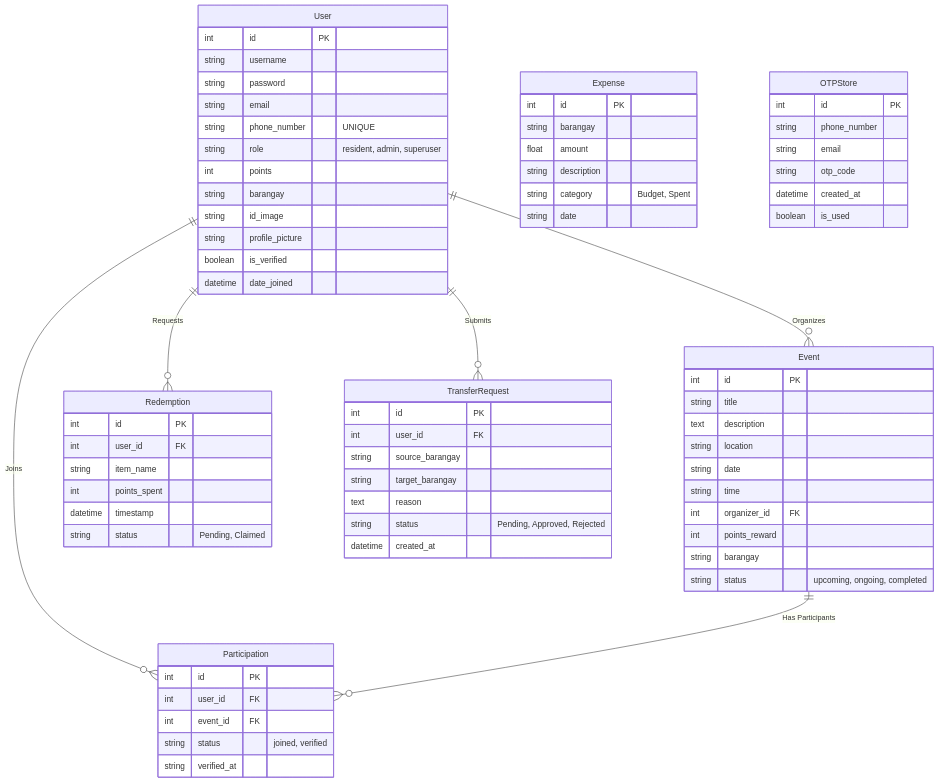
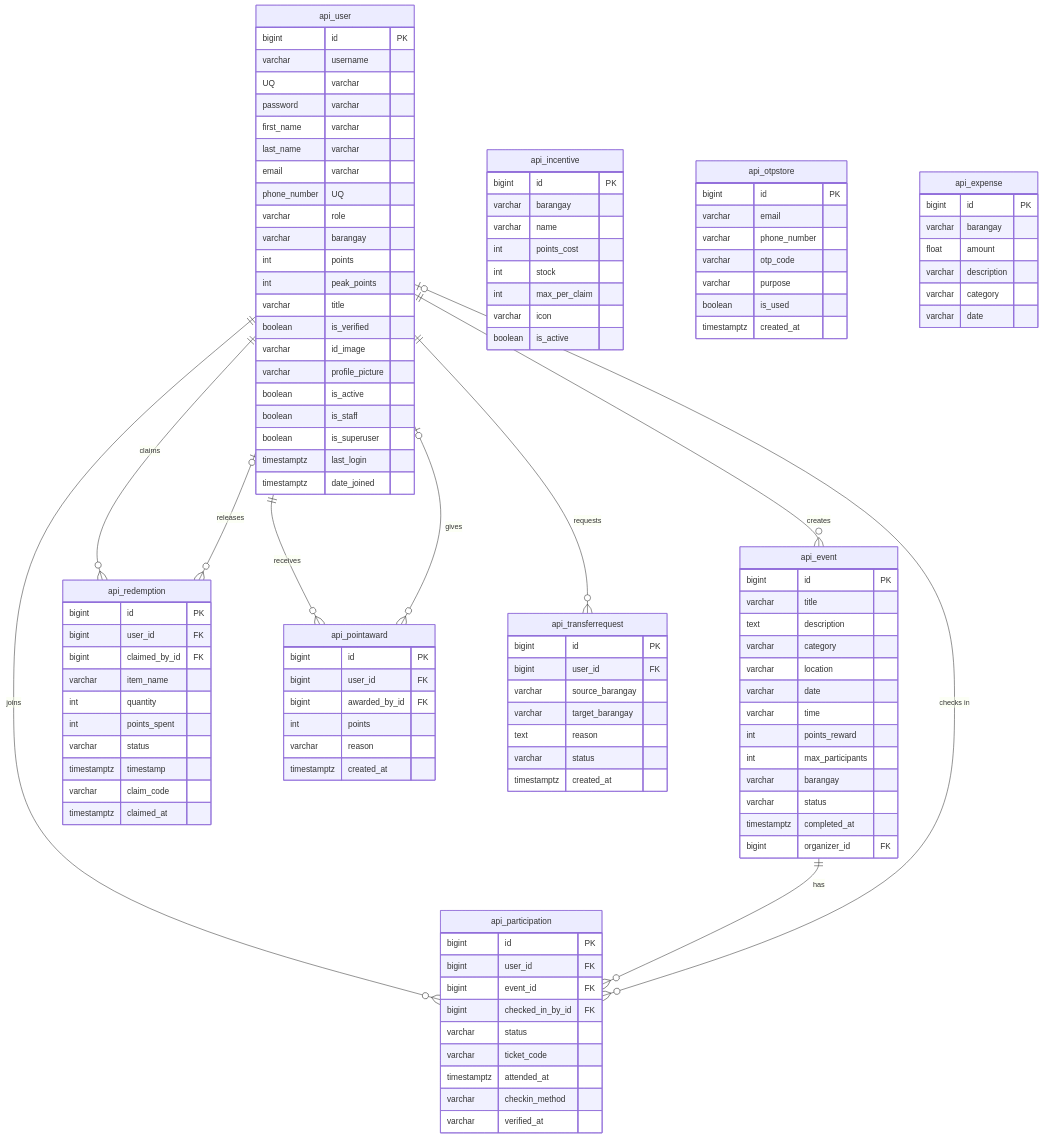
Before and after one commit to RamonE9/EcoConnect: the diagram in docs/ERD.md, drawn with Mermaid. The commit also changed other lines of this file and 2 other files, not shown here.

Commit message:
docs: clean ERD of the 9 application tables with crow's-foot relationships

````diff
--- a/docs/ERD.md
+++ b/docs/ERD.md
@@ -5,82 +30,117 @@
 ```mermaid
 erDiagram
-    User {
-        int id PK
-        string username
-        string password
-        string email
-        string phone_number "UNIQUE"
-        string role "resident, admin, superuser"
+    api_user ||--o{ api_event : creates
+    api_user ||--o{ api_participation : joins
+    api_event ||--o{ api_participation : has
+    api_user o|--o{ api_participation : "checks in"
+    api_user ||--o{ api_redemption : claims
+    api_user o|--o{ api_redemption : releases
+    api_user ||--o{ api_pointaward : receives
+    api_user o|--o{ api_pointaward : gives
+    api_user ||--o{ api_transferrequest : requests
+
+    api_event {
+        bigint id PK
+        varchar title
+        text description
+        varchar category
+        varchar location
+        varchar date
+        varchar time
+        int points_reward
+        int max_participants
+        varchar barangay
+        varchar status
+        timestamptz completed_at
+        bigint organizer_id FK
+    }
+    api_participation {
+        bigint id PK
+        bigint user_id FK
+        bigint event_id FK
+        bigint checked_in_by_id FK
+        varchar status
+        varchar ticket_code
+        timestamptz attended_at
+        varchar checkin_method
+        varchar verified_at
+    }
+    api_user {
+        bigint id PK
+        varchar username UQ
+        varchar password
+        varchar first_name
+        varchar last_name
+        varchar email
+        varchar phone_number UQ
+        varchar role
+        varchar barangay
         int points
-        string barangay
-        string id_image
-        string profile_picture
+        int peak_points
+        varchar title
         boolean is_verified
-        datetime date_joined
+        varchar id_image
+        varchar profile_picture
+        boolean is_active
+        boolean is_staff
+        boolean is_superuser
+        timestamptz last_login
+        timestamptz date_joined
     }
-
-    Event {
-        int id PK
-        string title
-        text description
-        string location
-        string date
-        string time
-        int organizer_id FK
-        int points_reward
-        string barangay
-        string status "upcoming, ongoing, completed"
+    api_redemption {
+        bigint id PK
+        bigint user_id FK
+        bigint claimed_by_id FK
+        varchar item_name
+        int quantity
+        int points_spent
+        varchar status
+        timestamptz timestamp
+        varchar claim_code
+        timestamptz claimed_at
     }
-
-    Participation {
-        int id PK
-        int user_id FK
-        int event_id FK
-        string status "joined, verified"
-        string verified_at
+    api_pointaward {
+        bigint id PK
+        bigint user_id FK
+        bigint awarded_by_id FK
+        int points
+        varchar reason
+        timestamptz created_at
     }
-
-    Redemption {
-        int id PK
-        int user_id FK
-        string item_name
-        int points_spent
-        datetime timestamp
-        string status "Pending, Claimed"
+    api_transferrequest {
+        bigint id PK
+        bigint user_id FK
+        varchar source_barangay
+        varchar target_barangay
+        text reason
+        varchar status
+        timestamptz created_at
     }
-
-    TransferRequest {
-        int id PK
-        int user_id FK
-        string source_barangay
-        string target_barangay
-        text reason
-        string status "Pending, Approved, Rejected"
-        datetime created_at
+    api_incentive {
+        bigint id PK
+        varchar barangay
+        varchar name
+        int points_cost
+        int stock
+        int max_per_claim
+        varchar icon
+        boolean is_active
     }
-
-    Expense {
-        int id PK
-        string barangay
+    api_otpstore {
+        bigint id PK
+        varchar email
+        varchar phone_number
+        varchar otp_code
+        varchar purpose
+        boolean is_used
+        timestamptz created_at
+    }
+    api_expense {
+        bigint id PK
+        varchar barangay
         float amount
-        string description
-        string category "Budget, Spent"
-        string date
+        varchar description
+        varchar category
+        varchar date
     }
-
-    OTPStore {
-        int id PK
-        string phone_number
-        string email
-        string otp_code
-        datetime created_at
-        boolean is_used
-    }
-
-    %% Relationships
-    User ||--o{ Event : "Organizes"
-    User ||--o{ Participation : "Joins"
-    Event ||--o{ Participation : "Has Participants"
-    User ||--o{ Redemption : "Requests"
-    User ||--o{ TransferRequest : "Submits"
 ```
````
